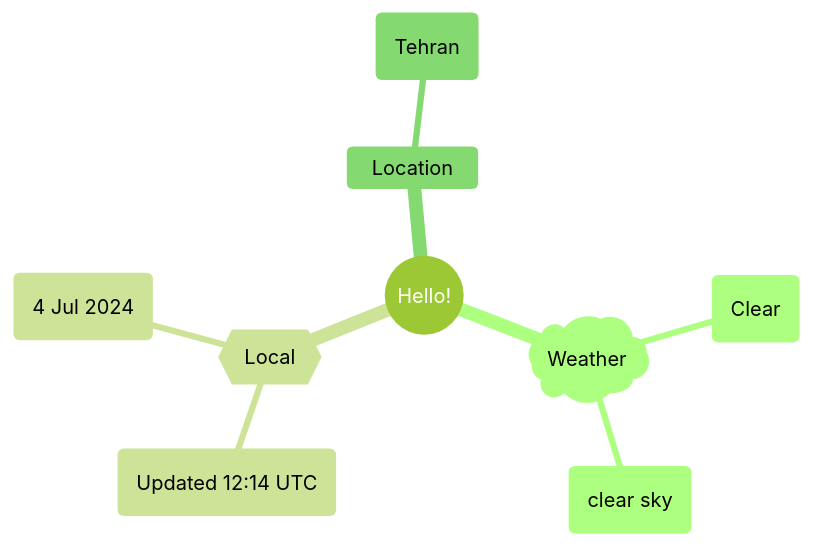
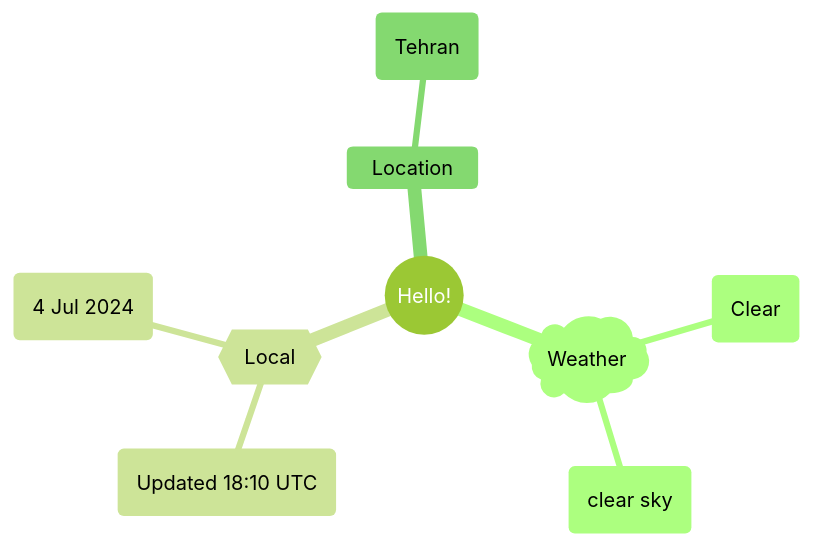
One commit to Xosrov/Xosrov changed the first of 2 diagrams in README.md. Above: the diagram before and after it, drawn with Mermaid (forest theme).

Commit message:
[bot] updated images

````diff
--- a/README.md
+++ b/README.md
@@ -3,12 +3,12 @@
 ```mermaid
 mindmap
   root((Hello!))
     )Weather(
         (Clear)
         (clear sky)
     {{Local}}
-        (Updated 12:14 UTC)
+        (Updated 18:10 UTC)
         (4 Jul 2024)
     Location
         (Tehran)
 ```
````
